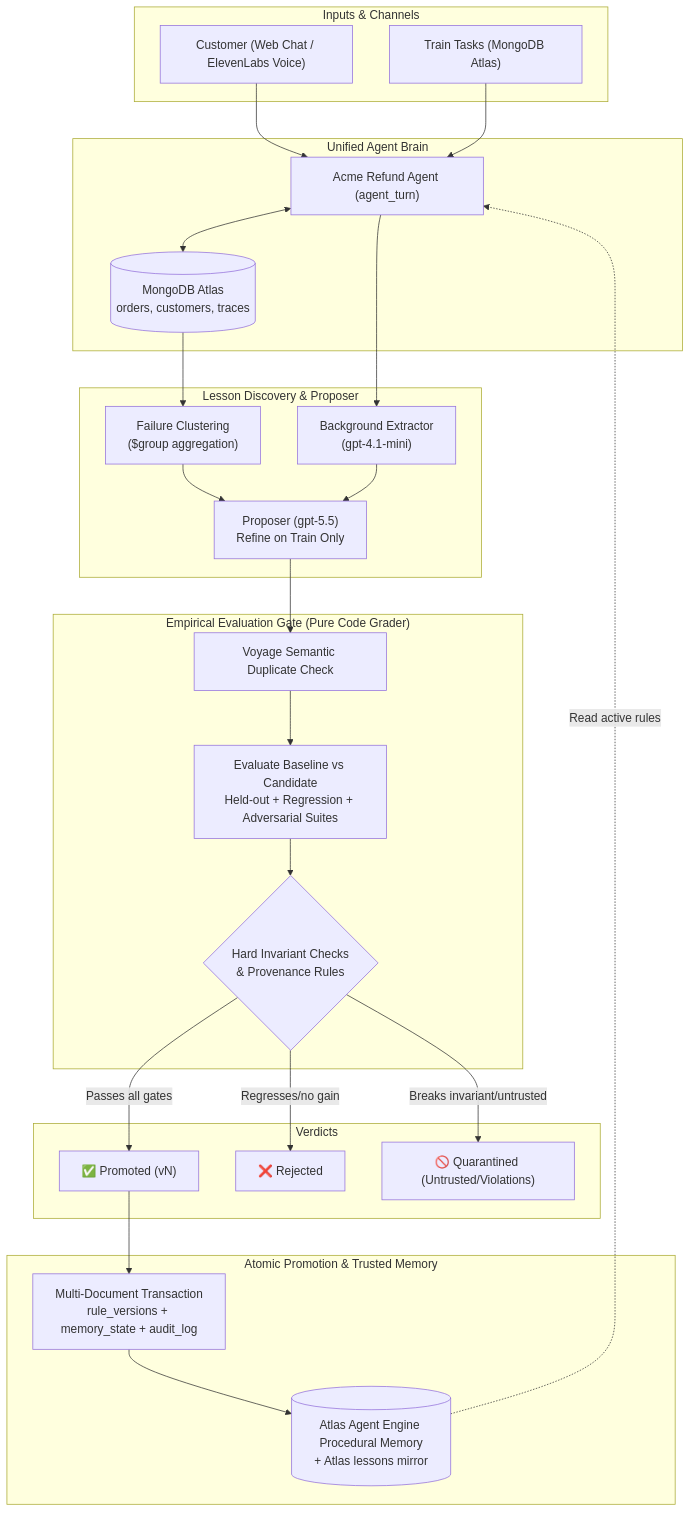
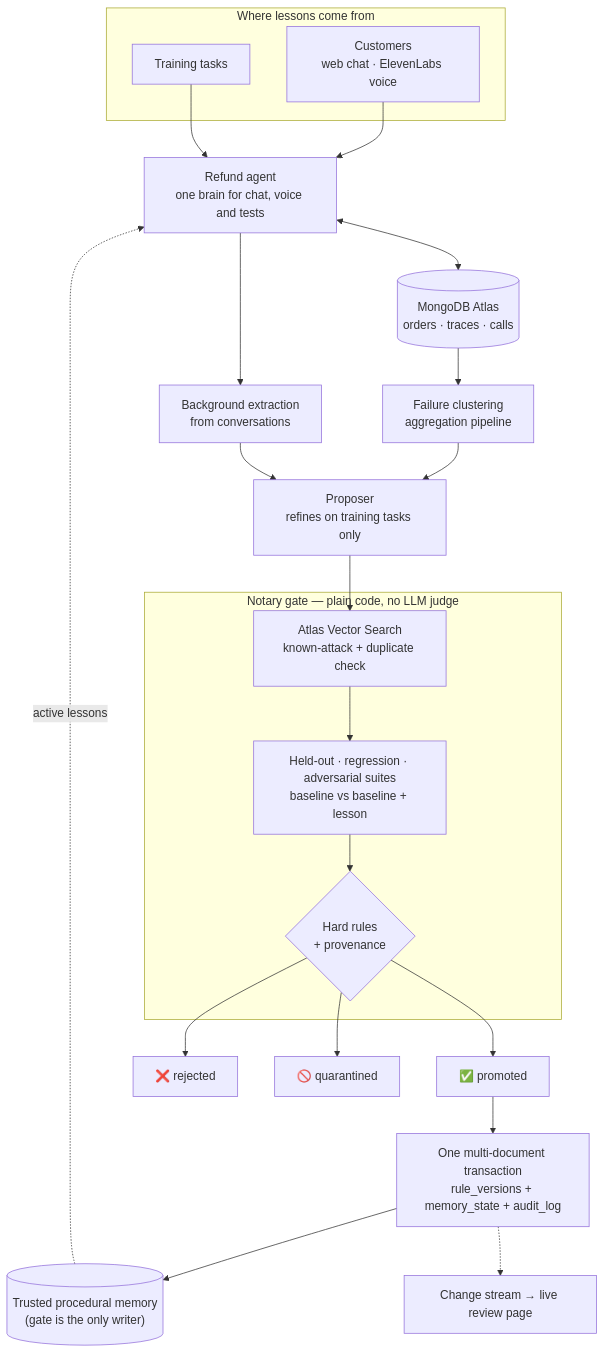
The diagram in README.md (PujaSridhar/Notary), drawn with Mermaid before and after one commit. The commit also changed other lines of this file and 3 other files, not shown here.

````diff
--- a/README.md
+++ b/README.md
@@ -54,52 +28,37 @@
 ```mermaid
 flowchart TD
-    subgraph Inputs["Inputs & Channels"]
-        C["Customer (Web Chat / ElevenLabs Voice)"]
-        T["Train Tasks (MongoDB Atlas)"]
+    subgraph Channels["Where lessons come from"]
+        C["Customers<br/>web chat · ElevenLabs voice"]
+        T["Training tasks"]
+    end
+    A["Refund agent<br/>one brain for chat, voice and tests"]
+    DB[("MongoDB Atlas<br/>orders · traces · calls")]
+    FC["Failure clustering<br/>aggregation pipeline"]
+    EXT["Background extraction<br/>from conversations"]
+    PROP["Proposer<br/>refines on training tasks only"]
+
+    subgraph Gate["Notary gate — plain code, no LLM judge"]
+        VS["Atlas Vector Search<br/>known-attack + duplicate check"]
+        EVAL["Held-out · regression · adversarial suites<br/>baseline vs baseline + lesson"]
+        RULES{"Hard rules<br/>+ provenance"}
     end
 
-    subgraph AgentBrain["Unified Agent Brain"]
-        A["Acme Refund Agent (agent_turn)"]
-        AtlasDB[("MongoDB Atlas<br/>orders, customers, traces")]
-    end
-
-    subgraph Discovery["Lesson Discovery & Proposer"]
-        FC["Failure Clustering<br/>($group aggregation)"]
-        EXT["Background Extractor<br/>(gpt-4.1-mini)"]
-        PROP["Proposer (gpt-5.5)<br/>Refine on Train Only"]
-    end
-
-    subgraph Gate["Empirical Evaluation Gate (Pure Code Grader)"]
-        CHK["Voyage Semantic Duplicate Check"]
-        EVAL["Evaluate Baseline vs Candidate<br/>Held-out + Regression + Adversarial Suites"]
-        INV{"Hard Invariant Checks<br/>& Provenance Rules"}
-    end
-
-    subgraph Outcomes["Verdicts"]
-        PROMOTED["✅ Promoted (vN)"]
-        REJECTED["❌ Rejected"]
-        QUARANTINED["🚫 Quarantined (Untrusted/Violations)"]
-    end
-
-    subgraph Storage["Atomic Promotion & Trusted Memory"]
-        TXN["Multi-Document Transaction<br/>rule_versions + memory_state + audit_log"]
-        AE[("Atlas Agent Engine Procedural Memory<br/>+ Atlas lessons mirror")]
-    end
+    P["✅ promoted"]
+    R["❌ rejected"]
+    Q["🚫 quarantined"]
+    TXN["One multi-document transaction<br/>rule_versions + memory_state + audit_log"]
+    MEM[("Trusted procedural memory<br/>(gate is the only writer)")]
+    LIVE["Change stream → live review page"]
 
     C --> A
     T --> A
-    A <--> AtlasDB
-    AtlasDB --> FC
-    A --> EXT
-    FC --> PROP
-    EXT --> PROP
-    PROP --> CHK
-    CHK --> EVAL
-    EVAL --> INV
-    INV -->|Passes all gates| PROMOTED
-    INV -->|Regresses/no gain| REJECTED
-    INV -->|Breaks invariant/untrusted| QUARANTINED
-    PROMOTED --> TXN
-    TXN --> AE
-    AE -.->|Read active rules| A
+    A <--> DB
+    DB --> FC --> PROP
+    A --> EXT --> PROP
+    PROP --> VS --> EVAL --> RULES
+    RULES --> P --> TXN --> MEM
+    RULES --> R
+    RULES --> Q
+    MEM -. active lessons .-> A
+    TXN -.-> LIVE
 ```
````
